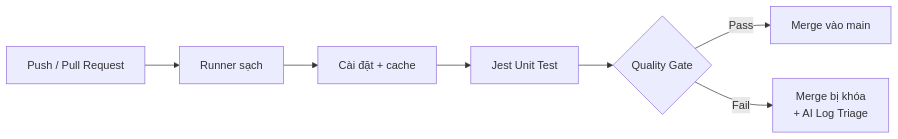
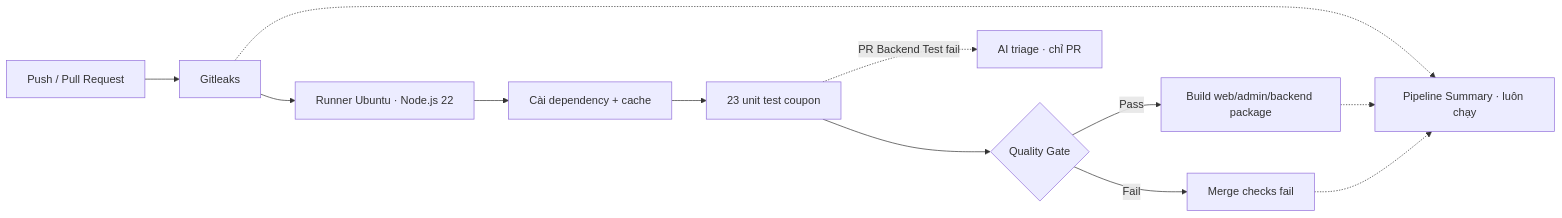
Before and after one commit to SoftwareTesting-Group13/eshop-sut-seminar: the second of 3 diagrams in docs/seminar_slide.md, drawn with Mermaid. The commit also changed other lines of this file and 3 other files, not shown here.

````diff
--- a/docs/seminar_slide.md
+++ b/docs/seminar_slide.md
@@ -58,6 +58,14 @@
 ```mermaid
 flowchart LR
-  P["Push / Pull Request"] --> R["Runner sạch"] --> I["Cài đặt + cache"] --> T["Jest Unit Test"] --> G{"Quality Gate"}
-  G -->|Pass| M["Merge vào main"]
-  G -->|Fail| X["Merge bị khóa<br/>+ AI Log Triage"]
+  P[Push / Pull Request] --> S[Gitleaks]
+  S --> R[Runner Ubuntu · Node.js 22]
+  R --> I[Cài dependency + cache]
+  I --> T[23 unit test coupon]
+  T --> G{Quality Gate}
+  G -->|Pass| B[Build web/admin/backend package]
+  G -->|Fail| X[Merge checks fail]
+  T -. PR Backend Test fail .-> A[AI triage · chỉ PR]
+  S -.-> W[Pipeline Summary · luôn chạy]
+  B -.-> W
+  X -.-> W
 ```
````
